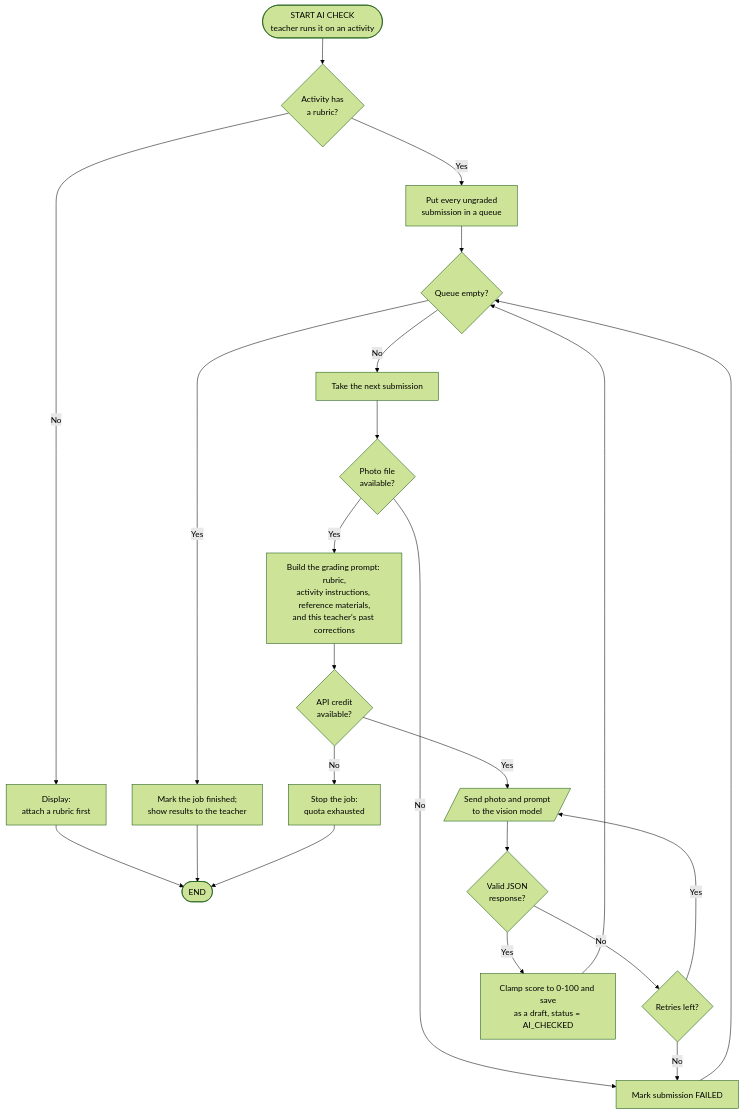
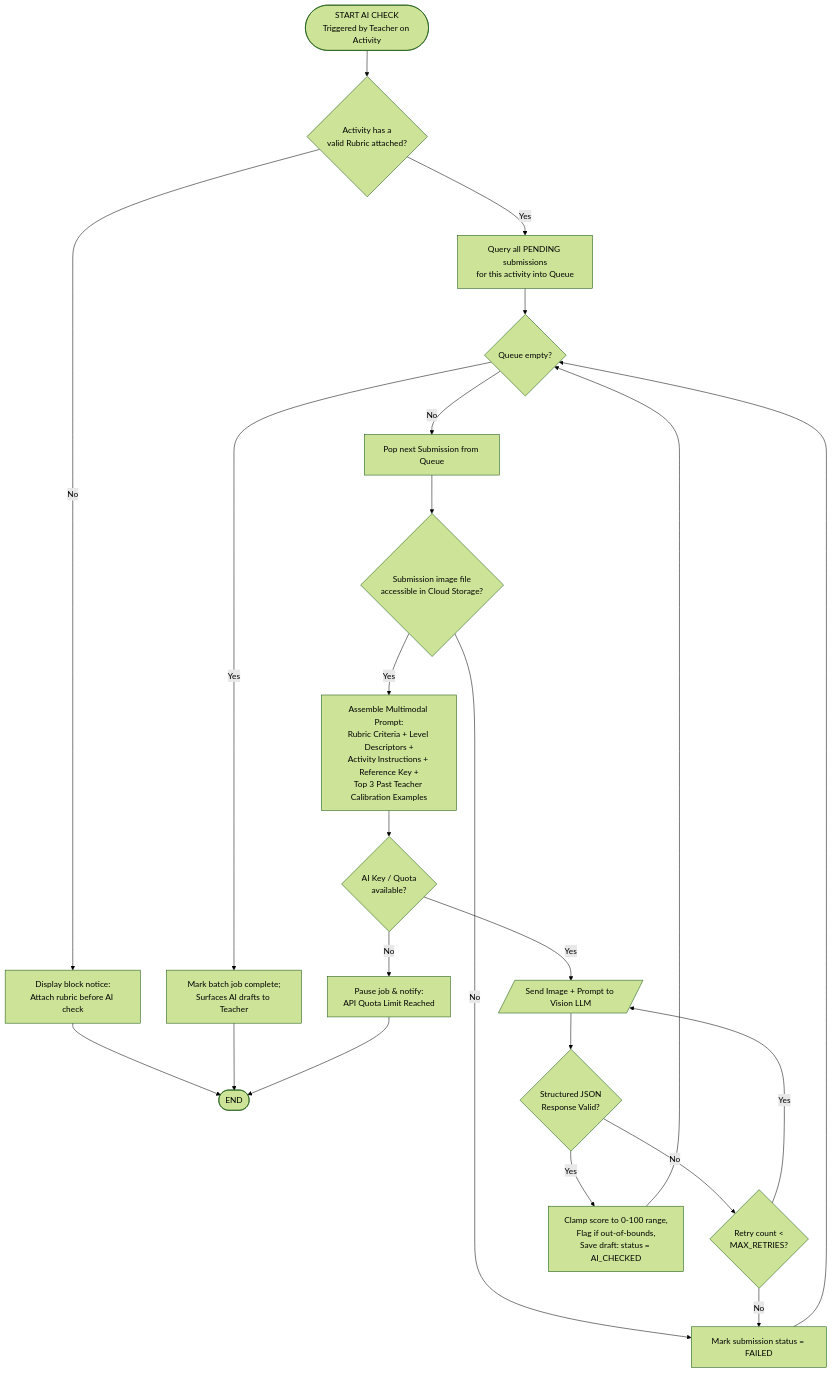
One commit to Damudachi/TulongGuro changed the second of 2 diagrams in docs/SYSTEM-FLOWCHART-AND-PSEUDOCODE.md. Above: the diagram before and after it, drawn with Mermaid (forest theme). The commit also changed other lines of this file and 1 other file, not shown here.

Commit message:
updated DFD, flowchart & pseudocode

````diff
--- a/docs/SYSTEM-FLOWCHART-AND-PSEUDOCODE.md
+++ b/docs/SYSTEM-FLOWCHART-AND-PSEUDOCODE.md
@@ -83,25 +98,25 @@
 ```mermaid
 flowchart TD
-    A([START AI CHECK<br/>teacher runs it on an activity]) --> C{Activity has<br/>a rubric?}
-    C -- No --> D[Display:<br/>attach a rubric first]
+    A([START AI CHECK<br/>Triggered by Teacher on Activity]) --> C{Activity has a<br/>valid Rubric attached?}
+    C -- No --> D[Display block notice:<br/>Attach rubric before AI check]
     D --> Z([END])
-    C -- Yes --> E[Put every ungraded<br/>submission in a queue]
+    C -- Yes --> E[Query all PENDING submissions<br/>for this activity into Queue]
     E --> F{Queue empty?}
-    F -- Yes --> Y[Mark the job finished;<br/>show results to the teacher]
+    F -- Yes --> Y[Mark batch job complete;<br/>Surfaces AI drafts to Teacher]
     Y --> Z
-    F -- No --> G[Take the next submission]
-    G --> H{Photo file<br/>available?}
-    H -- No --> I[Mark submission FAILED]
+    F -- No --> G[Pop next Submission from Queue]
+    G --> H{Submission image file<br/>accessible in Cloud Storage?}
+    H -- No --> I[Mark submission status = FAILED]
     I --> F
-    H -- Yes --> J[Build the grading prompt: rubric,<br/>activity instructions, reference materials,<br/>and this teacher's past corrections]
-    J --> K{API credit<br/>available?}
-    K -- No --> L[Stop the job:<br/>quota exhausted]
+    H -- Yes --> J[Assemble Multimodal Prompt:<br/>Rubric Criteria + Level Descriptors +<br/>Activity Instructions + Reference Key +<br/>Top 3 Past Teacher Calibration Examples]
+    J --> K{AI Key / Quota<br/>available?}
+    K -- No --> L[Pause job & notify:<br/>API Quota Limit Reached]
     L --> Z
-    K -- Yes --> M[/Send photo and prompt<br/>to the vision model/]
-    M --> N{Valid JSON<br/>response?}
-    N -- No --> O{Retries left?}
+    K -- Yes --> M[/Send Image + Prompt to Vision LLM/]
+    M --> N{Structured JSON<br/>Response Valid?}
+    N -- No --> O{Retry count <<br/>MAX_RETRIES?}
     O -- Yes --> M
     O -- No --> I
-    N -- Yes --> Q[Clamp score to 0-100 and save<br/>as a draft, status = AI_CHECKED]
+    N -- Yes --> Q[Clamp score to 0-100 range,<br/>Flag if out-of-bounds,<br/>Save draft: status = AI_CHECKED]
     Q --> F
 ```
````
